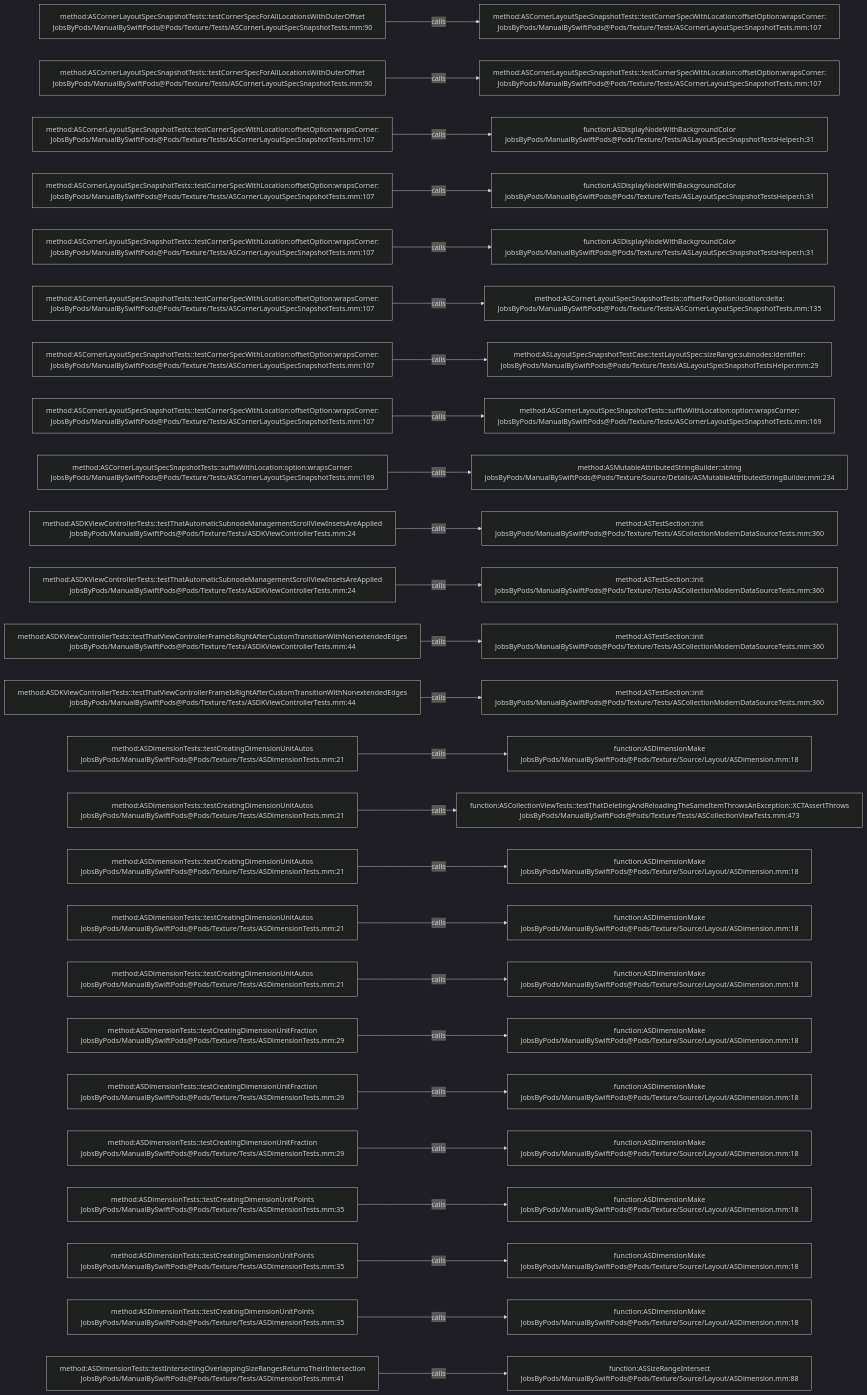
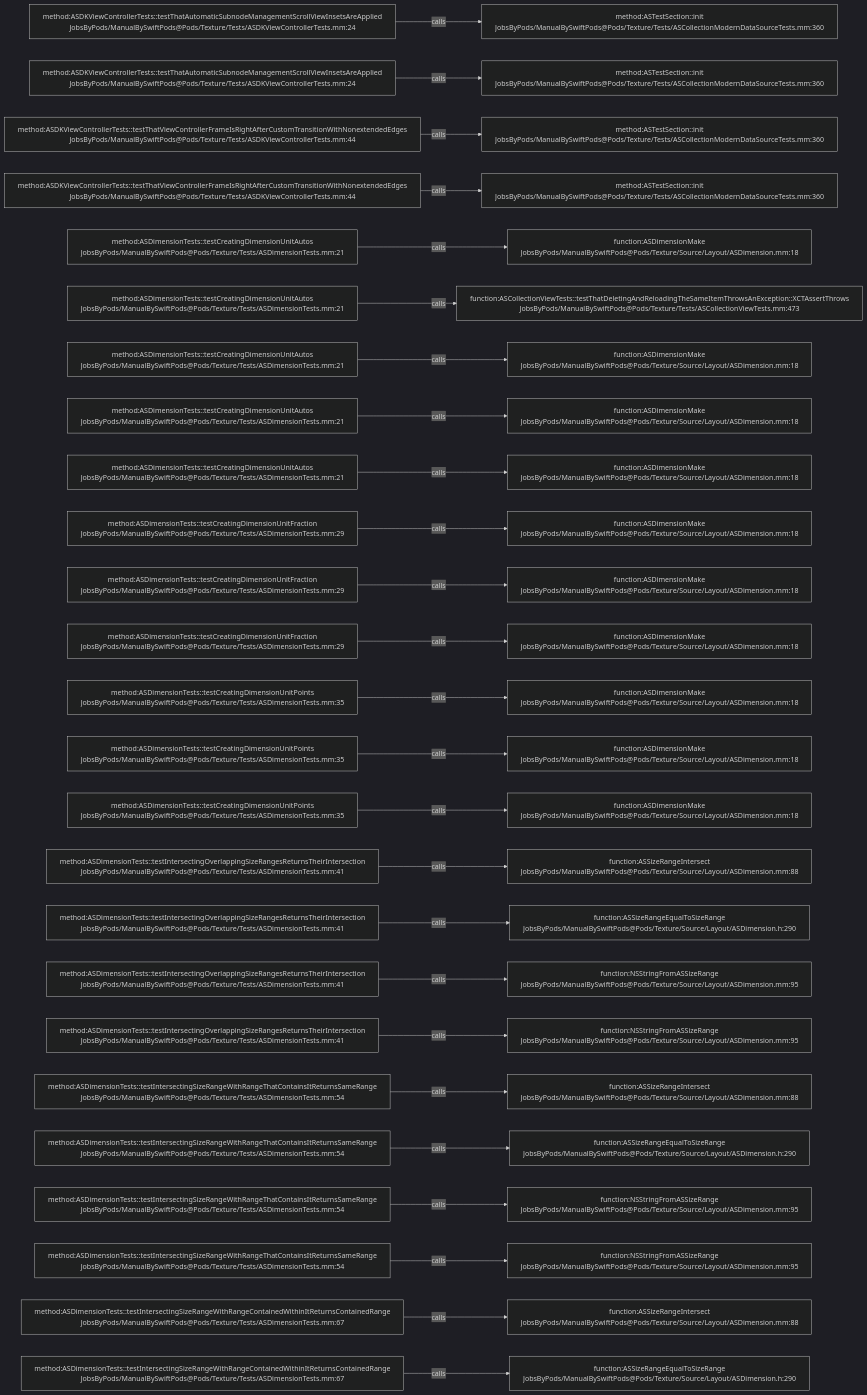
The diagram in .codegraph/codegraph.md/graphs/calls-178.md (JobsKits/JobsSwiftBaseConfigDemo), drawn with Mermaid (dark theme) before and after one commit. The commit also changed 707 other files, not shown here.

````diff
--- a/.codegraph/codegraph.md/graphs/calls-178.md
+++ b/.codegraph/codegraph.md/graphs/calls-178.md
@@ -13,78 +13,78 @@
 ```mermaid
 flowchart LR
-  S1["method:ASCornerLayoutSpecSnapshotTests::testCornerSpecForAllLocationsWithOuterOffset<br/>JobsByPods/ManualBySwiftPods@Pods/Texture/Tests/ASCornerLayoutSpecSnapshotTests.mm:90"]
-  T1["method:ASCornerLayoutSpecSnapshotTests::testCornerSpecWithLocation:offsetOption:wrapsCorner:<br/>JobsByPods/ManualBySwiftPods@Pods/Texture/Tests/ASCornerLayoutSpecSnapshotTests.mm:107"]
+  S1["method:ASDKViewControllerTests::testThatAutomaticSubnodeManagementScrollViewInsetsAreApplied<br/>JobsByPods/ManualBySwiftPods@Pods/Texture/Tests/ASDKViewControllerTests.mm:24"]
+  T1["method:ASTestSection::init<br/>JobsByPods/ManualBySwiftPods@Pods/Texture/Tests/ASCollectionModernDataSourceTests.mm:360"]
   S1 -->|calls| T1
-  S2["method:ASCornerLayoutSpecSnapshotTests::testCornerSpecForAllLocationsWithOuterOffset<br/>JobsByPods/ManualBySwiftPods@Pods/Texture/Tests/ASCornerLayoutSpecSnapshotTests.mm:90"]
-  T2["method:ASCornerLayoutSpecSnapshotTests::testCornerSpecWithLocation:offsetOption:wrapsCorner:<br/>JobsByPods/ManualBySwiftPods@Pods/Texture/Tests/ASCornerLayoutSpecSnapshotTests.mm:107"]
+  S2["method:ASDKViewControllerTests::testThatAutomaticSubnodeManagementScrollViewInsetsAreApplied<br/>JobsByPods/ManualBySwiftPods@Pods/Texture/Tests/ASDKViewControllerTests.mm:24"]
+  T2["method:ASTestSection::init<br/>JobsByPods/ManualBySwiftPods@Pods/Texture/Tests/ASCollectionModernDataSourceTests.mm:360"]
   S2 -->|calls| T2
-  S3["method:ASCornerLayoutSpecSnapshotTests::testCornerSpecWithLocation:offsetOption:wrapsCorner:<br/>JobsByPods/ManualBySwiftPods@Pods/Texture/Tests/ASCornerLayoutSpecSnapshotTests.mm:107"]
-  T3["function:ASDisplayNodeWithBackgroundColor<br/>JobsByPods/ManualBySwiftPods@Pods/Texture/Tests/ASLayoutSpecSnapshotTestsHelper.h:31"]
+  S3["method:ASDKViewControllerTests::testThatViewControllerFrameIsRightAfterCustomTransitionWithNonextendedEdges<br/>JobsByPods/ManualBySwiftPods@Pods/Texture/Tests/ASDKViewControllerTests.mm:44"]
+  T3["method:ASTestSection::init<br/>JobsByPods/ManualBySwiftPods@Pods/Texture/Tests/ASCollectionModernDataSourceTests.mm:360"]
   S3 -->|calls| T3
-  S4["method:ASCornerLayoutSpecSnapshotTests::testCornerSpecWithLocation:offsetOption:wrapsCorner:<br/>JobsByPods/ManualBySwiftPods@Pods/Texture/Tests/ASCornerLayoutSpecSnapshotTests.mm:107"]
-  T4["function:ASDisplayNodeWithBackgroundColor<br/>JobsByPods/ManualBySwiftPods@Pods/Texture/Tests/ASLayoutSpecSnapshotTestsHelper.h:31"]
+  S4["method:ASDKViewControllerTests::testThatViewControllerFrameIsRightAfterCustomTransitionWithNonextendedEdges<br/>JobsByPods/ManualBySwiftPods@Pods/Texture/Tests/ASDKViewControllerTests.mm:44"]
+  T4["method:ASTestSection::init<br/>JobsByPods/ManualBySwiftPods@Pods/Texture/Tests/ASCollectionModernDataSourceTests.mm:360"]
   S4 -->|calls| T4
-  S5["method:ASCornerLayoutSpecSnapshotTests::testCornerSpecWithLocation:offsetOption:wrapsCorner:<br/>JobsByPods/ManualBySwiftPods@Pods/Texture/Tests/ASCornerLayoutSpecSnapshotTests.mm:107"]
-  T5["function:ASDisplayNodeWithBackgroundColor<br/>JobsByPods/ManualBySwiftPods@Pods/Texture/Tests/ASLayoutSpecSnapshotTestsHelper.h:31"]
+  S5["method:ASDimensionTests::testCreatingDimensionUnitAutos<br/>JobsByPods/ManualBySwiftPods@Pods/Texture/Tests/ASDimensionTests.mm:21"]
+  T5["function:ASDimensionMake<br/>JobsByPods/ManualBySwiftPods@Pods/Texture/Source/Layout/ASDimension.mm:18"]
   S5 -->|calls| T5
-  S6["method:ASCornerLayoutSpecSnapshotTests::testCornerSpecWithLocation:offsetOption:wrapsCorner:<br/>JobsByPods/ManualBySwiftPods@Pods/Texture/Tests/ASCornerLayoutSpecSnapshotTests.mm:107"]
-  T6["method:ASCornerLayoutSpecSnapshotTests::offsetForOption:location:delta:<br/>JobsByPods/ManualBySwiftPods@Pods/Texture/Tests/ASCornerLayoutSpecSnapshotTests.mm:135"]
+  S6["method:ASDimensionTests::testCreatingDimensionUnitAutos<br/>JobsByPods/ManualBySwiftPods@Pods/Texture/Tests/ASDimensionTests.mm:21"]
+  T6["function:ASCollectionViewTests::testThatDeletingAndReloadingTheSameItemThrowsAnException::XCTAssertThrows<br/>JobsByPods/ManualBySwiftPods@Pods/Texture/Tests/ASCollectionViewTests.mm:473"]
   S6 -->|calls| T6
-  S7["method:ASCornerLayoutSpecSnapshotTests::testCornerSpecWithLocation:offsetOption:wrapsCorner:<br/>JobsByPods/ManualBySwiftPods@Pods/Texture/Tests/ASCornerLayoutSpecSnapshotTests.mm:107"]
-  T7["method:ASLayoutSpecSnapshotTestCase::testLayoutSpec:sizeRange:subnodes:identifier:<br/>JobsByPods/ManualBySwiftPods@Pods/Texture/Tests/ASLayoutSpecSnapshotTestsHelper.mm:29"]
+  S7["method:ASDimensionTests::testCreatingDimensionUnitAutos<br/>JobsByPods/ManualBySwiftPods@Pods/Texture/Tests/ASDimensionTests.mm:21"]
+  T7["function:ASDimensionMake<br/>JobsByPods/ManualBySwiftPods@Pods/Texture/Source/Layout/ASDimension.mm:18"]
   S7 -->|calls| T7
-  S8["method:ASCornerLayoutSpecSnapshotTests::testCornerSpecWithLocation:offsetOption:wrapsCorner:<br/>JobsByPods/ManualBySwiftPods@Pods/Texture/Tests/ASCornerLayoutSpecSnapshotTests.mm:107"]
-  T8["method:ASCornerLayoutSpecSnapshotTests::suffixWithLocation:option:wrapsCorner:<br/>JobsByPods/ManualBySwiftPods@Pods/Texture/Tests/ASCornerLayoutSpecSnapshotTests.mm:169"]
+  S8["method:ASDimensionTests::testCreatingDimensionUnitAutos<br/>JobsByPods/ManualBySwiftPods@Pods/Texture/Tests/ASDimensionTests.mm:21"]
+  T8["function:ASDimensionMake<br/>JobsByPods/ManualBySwiftPods@Pods/Texture/Source/Layout/ASDimension.mm:18"]
   S8 -->|calls| T8
-  S9["method:ASCornerLayoutSpecSnapshotTests::suffixWithLocation:option:wrapsCorner:<br/>JobsByPods/ManualBySwiftPods@Pods/Texture/Tests/ASCornerLayoutSpecSnapshotTests.mm:169"]
-  T9["method:ASMutableAttributedStringBuilder::string<br/>JobsByPods/ManualBySwiftPods@Pods/Texture/Source/Details/ASMutableAttributedStringBuilder.mm:234"]
+  S9["method:ASDimensionTests::testCreatingDimensionUnitAutos<br/>JobsByPods/ManualBySwiftPods@Pods/Texture/Tests/ASDimensionTests.mm:21"]
+  T9["function:ASDimensionMake<br/>JobsByPods/ManualBySwiftPods@Pods/Texture/Source/Layout/ASDimension.mm:18"]
   S9 -->|calls| T9
-  S10["method:ASDKViewControllerTests::testThatAutomaticSubnodeManagementScrollViewInsetsAreApplied<br/>JobsByPods/ManualBySwiftPods@Pods/Texture/Tests/ASDKViewControllerTests.mm:24"]
-  T10["method:ASTestSection::init<br/>JobsByPods/ManualBySwiftPods@Pods/Texture/Tests/ASCollectionModernDataSourceTests.mm:360"]
+  S10["method:ASDimensionTests::testCreatingDimensionUnitFraction<br/>JobsByPods/ManualBySwiftPods@Pods/Texture/Tests/ASDimensionTests.mm:29"]
+  T10["function:ASDimensionMake<br/>JobsByPods/ManualBySwiftPods@Pods/Texture/Source/Layout/ASDimension.mm:18"]
   S10 -->|calls| T10
-  S11["method:ASDKViewControllerTests::testThatAutomaticSubnodeManagementScrollViewInsetsAreApplied<br/>JobsByPods/ManualBySwiftPods@Pods/Texture/Tests/ASDKViewControllerTests.mm:24"]
-  T11["method:ASTestSection::init<br/>JobsByPods/ManualBySwiftPods@Pods/Texture/Tests/ASCollectionModernDataSourceTests.mm:360"]
+  S11["method:ASDimensionTests::testCreatingDimensionUnitFraction<br/>JobsByPods/ManualBySwiftPods@Pods/Texture/Tests/ASDimensionTests.mm:29"]
+  T11["function:ASDimensionMake<br/>JobsByPods/ManualBySwiftPods@Pods/Texture/Source/Layout/ASDimension.mm:18"]
   S11 -->|calls| T11
-  S12["method:ASDKViewControllerTests::testThatViewControllerFrameIsRightAfterCustomTransitionWithNonextendedEdges<br/>JobsByPods/ManualBySwiftPods@Pods/Texture/Tests/ASDKViewControllerTests.mm:44"]
-  T12["method:ASTestSection::init<br/>JobsByPods/ManualBySwiftPods@Pods/Texture/Tests/ASCollectionModernDataSourceTests.mm:360"]
+  S12["method:ASDimensionTests::testCreatingDimensionUnitFraction<br/>JobsByPods/ManualBySwiftPods@Pods/Texture/Tests/ASDimensionTests.mm:29"]
+  T12["function:ASDimensionMake<br/>JobsByPods/ManualBySwiftPods@Pods/Texture/Source/Layout/ASDimension.mm:18"]
   S12 -->|calls| T12
-  S13["method:ASDKViewControllerTests::testThatViewControllerFrameIsRightAfterCustomTransitionWithNonextendedEdges<br/>JobsByPods/ManualBySwiftPods@Pods/Texture/Tests/ASDKViewControllerTests.mm:44"]
-  T13["method:ASTestSection::init<br/>JobsByPods/ManualBySwiftPods@Pods/Texture/Tests/ASCollectionModernDataSourceTests.mm:360"]
+  S13["method:ASDimensionTests::testCreatingDimensionUnitPoints<br/>JobsByPods/ManualBySwiftPods@Pods/Texture/Tests/ASDimensionTests.mm:35"]
+  T13["function:ASDimensionMake<br/>JobsByPods/ManualBySwiftPods@Pods/Texture/Source/Layout/ASDimension.mm:18"]
   S13 -->|calls| T13
-  S14["method:ASDimensionTests::testCreatingDimensionUnitAutos<br/>JobsByPods/ManualBySwiftPods@Pods/Texture/Tests/ASDimensionTests.mm:21"]
+  S14["method:ASDimensionTests::testCreatingDimensionUnitPoints<br/>JobsByPods/ManualBySwiftPods@Pods/Texture/Tests/ASDimensionTests.mm:35"]
   T14["function:ASDimensionMake<br/>JobsByPods/ManualBySwiftPods@Pods/Texture/Source/Layout/ASDimension.mm:18"]
   S14 -->|calls| T14
-  S15["method:ASDimensionTests::testCreatingDimensionUnitAutos<br/>JobsByPods/ManualBySwiftPods@Pods/Texture/Tests/ASDimensionTests.mm:21"]
-  T15["function:ASCollectionViewTests::testThatDeletingAndReloadingTheSameItemThrowsAnException::XCTAssertThrows<br/>JobsByPods/ManualBySwiftPods@Pods/Texture/Tests/ASCollectionViewTests.mm:473"]
+  S15["method:ASDimensionTests::testCreatingDimensionUnitPoints<br/>JobsByPods/ManualBySwiftPods@Pods/Texture/Tests/ASDimensionTests.mm:35"]
+  T15["function:ASDimensionMake<br/>JobsByPods/ManualBySwiftPods@Pods/Texture/Source/Layout/ASDimension.mm:18"]
   S15 -->|calls| T15
-  S16["method:ASDimensionTests::testCreatingDimensionUnitAutos<br/>JobsByPods/ManualBySwiftPods@Pods/Texture/Tests/ASDimensionTests.mm:21"]
-  T16["function:ASDimensionMake<br/>JobsByPods/ManualBySwiftPods@Pods/Texture/Source/Layout/ASDimension.mm:18"]
+  S16["method:ASDimensionTests::testIntersectingOverlappingSizeRangesReturnsTheirIntersection<br/>JobsByPods/ManualBySwiftPods@Pods/Texture/Tests/ASDimensionTests.mm:41"]
+  T16["function:ASSizeRangeIntersect<br/>JobsByPods/ManualBySwiftPods@Pods/Texture/Source/Layout/ASDimension.mm:88"]
   S16 -->|calls| T16
-  S17["method:ASDimensionTests::testCreatingDimensionUnitAutos<br/>JobsByPods/ManualBySwiftPods@Pods/Texture/Tests/ASDimensionTests.mm:21"]
-  T17["function:ASDimensionMake<br/>JobsByPods/ManualBySwiftPods@Pods/Texture/Source/Layout/ASDimension.mm:18"]
+  S17["method:ASDimensionTests::testIntersectingOverlappingSizeRangesReturnsTheirIntersection<br/>JobsByPods/ManualBySwiftPods@Pods/Texture/Tests/ASDimensionTests.mm:41"]
+  T17["function:ASSizeRangeEqualToSizeRange<br/>JobsByPods/ManualBySwiftPods@Pods/Texture/Source/Layout/ASDimension.h:290"]
   S17 -->|calls| T17
-  S18["method:ASDimensionTests::testCreatingDimensionUnitAutos<br/>JobsByPods/ManualBySwiftPods@Pods/Texture/Tests/ASDimensionTests.mm:21"]
-  T18["function:ASDimensionMake<br/>JobsByPods/ManualBySwiftPods@Pods/Texture/Source/Layout/ASDimension.mm:18"]
+  S18["method:ASDimensionTests::testIntersectingOverlappingSizeRangesReturnsTheirIntersection<br/>JobsByPods/ManualBySwiftPods@Pods/Texture/Tests/ASDimensionTests.mm:41"]
+  T18["function:NSStringFromASSizeRange<br/>JobsByPods/ManualBySwiftPods@Pods/Texture/Source/Layout/ASDimension.mm:95"]
   S18 -->|calls| T18
-  S19["method:ASDimensionTests::testCreatingDimensionUnitFraction<br/>JobsByPods/ManualBySwiftPods@Pods/Texture/Tests/ASDimensionTests.mm:29"]
-  T19["function:ASDimensionMake<br/>JobsByPods/ManualBySwiftPods@Pods/Texture/Source/Layout/ASDimension.mm:18"]
+  S19["method:ASDimensionTests::testIntersectingOverlappingSizeRangesReturnsTheirIntersection<br/>JobsByPods/ManualBySwiftPods@Pods/Texture/Tests/ASDimensionTests.mm:41"]
+  T19["function:NSStringFromASSizeRange<br/>JobsByPods/ManualBySwiftPods@Pods/Texture/Source/Layout/ASDimension.mm:95"]
   S19 -->|calls| T19
-  S20["method:ASDimensionTests::testCreatingDimensionUnitFraction<br/>JobsByPods/ManualBySwiftPods@Pods/Texture/Tests/ASDimensionTests.mm:29"]
-  T20["function:ASDimensionMake<br/>JobsByPods/ManualBySwiftPods@Pods/Texture/Source/Layout/ASDimension.mm:18"]
+  S20["method:ASDimensionTests::testIntersectingSizeRangeWithRangeThatContainsItReturnsSameRange<br/>JobsByPods/ManualBySwiftPods@Pods/Texture/Tests/ASDimensionTests.mm:54"]
+  T20["function:ASSizeRangeIntersect<br/>JobsByPods/ManualBySwiftPods@Pods/Texture/Source/Layout/ASDimension.mm:88"]
   S20 -->|calls| T20
-  S21["method:ASDimensionTests::testCreatingDimensionUnitFraction<br/>JobsByPods/ManualBySwiftPods@Pods/Texture/Tests/ASDimensionTests.mm:29"]
-  T21["function:ASDimensionMake<br/>JobsByPods/ManualBySwiftPods@Pods/Texture/Source/Layout/ASDimension.mm:18"]
+  S21["method:ASDimensionTests::testIntersectingSizeRangeWithRangeThatContainsItReturnsSameRange<br/>JobsByPods/ManualBySwiftPods@Pods/Texture/Tests/ASDimensionTests.mm:54"]
+  T21["function:ASSizeRangeEqualToSizeRange<br/>JobsByPods/ManualBySwiftPods@Pods/Texture/Source/Layout/ASDimension.h:290"]
   S21 -->|calls| T21
-  S22["method:ASDimensionTests::testCreatingDimensionUnitPoints<br/>JobsByPods/ManualBySwiftPods@Pods/Texture/Tests/ASDimensionTests.mm:35"]
-  T22["function:ASDimensionMake<br/>JobsByPods/ManualBySwiftPods@Pods/Texture/Source/Layout/ASDimension.mm:18"]
+  S22["method:ASDimensionTests::testIntersectingSizeRangeWithRangeThatContainsItReturnsSameRange<br/>JobsByPods/ManualBySwiftPods@Pods/Texture/Tests/ASDimensionTests.mm:54"]
+  T22["function:NSStringFromASSizeRange<br/>JobsByPods/ManualBySwiftPods@Pods/Texture/Source/Layout/ASDimension.mm:95"]
   S22 -->|calls| T22
-  S23["method:ASDimensionTests::testCreatingDimensionUnitPoints<br/>JobsByPods/ManualBySwiftPods@Pods/Texture/Tests/ASDimensionTests.mm:35"]
-  T23["function:ASDimensionMake<br/>JobsByPods/ManualBySwiftPods@Pods/Texture/Source/Layout/ASDimension.mm:18"]
+  S23["method:ASDimensionTests::testIntersectingSizeRangeWithRangeThatContainsItReturnsSameRange<br/>JobsByPods/ManualBySwiftPods@Pods/Texture/Tests/ASDimensionTests.mm:54"]
+  T23["function:NSStringFromASSizeRange<br/>JobsByPods/ManualBySwiftPods@Pods/Texture/Source/Layout/ASDimension.mm:95"]
   S23 -->|calls| T23
-  S24["method:ASDimensionTests::testCreatingDimensionUnitPoints<br/>JobsByPods/ManualBySwiftPods@Pods/Texture/Tests/ASDimensionTests.mm:35"]
-  T24["function:ASDimensionMake<br/>JobsByPods/ManualBySwiftPods@Pods/Texture/Source/Layout/ASDimension.mm:18"]
+  S24["method:ASDimensionTests::testIntersectingSizeRangeWithRangeContainedWithinItReturnsContainedRange<br/>JobsByPods/ManualBySwiftPods@Pods/Texture/Tests/ASDimensionTests.mm:67"]
+  T24["function:ASSizeRangeIntersect<br/>JobsByPods/ManualBySwiftPods@Pods/Texture/Source/Layout/ASDimension.mm:88"]
   S24 -->|calls| T24
-  S25["method:ASDimensionTests::testIntersectingOverlappingSizeRangesReturnsTheirIntersection<br/>JobsByPods/ManualBySwiftPods@Pods/Texture/Tests/ASDimensionTests.mm:41"]
-  T25["function:ASSizeRangeIntersect<br/>JobsByPods/ManualBySwiftPods@Pods/Texture/Source/Layout/ASDimension.mm:88"]
+  S25["method:ASDimensionTests::testIntersectingSizeRangeWithRangeContainedWithinItReturnsContainedRange<br/>JobsByPods/ManualBySwiftPods@Pods/Texture/Tests/ASDimensionTests.mm:67"]
+  T25["function:ASSizeRangeEqualToSizeRange<br/>JobsByPods/ManualBySwiftPods@Pods/Texture/Source/Layout/ASDimension.h:290"]
   S25 -->|calls| T25
 ```
````
